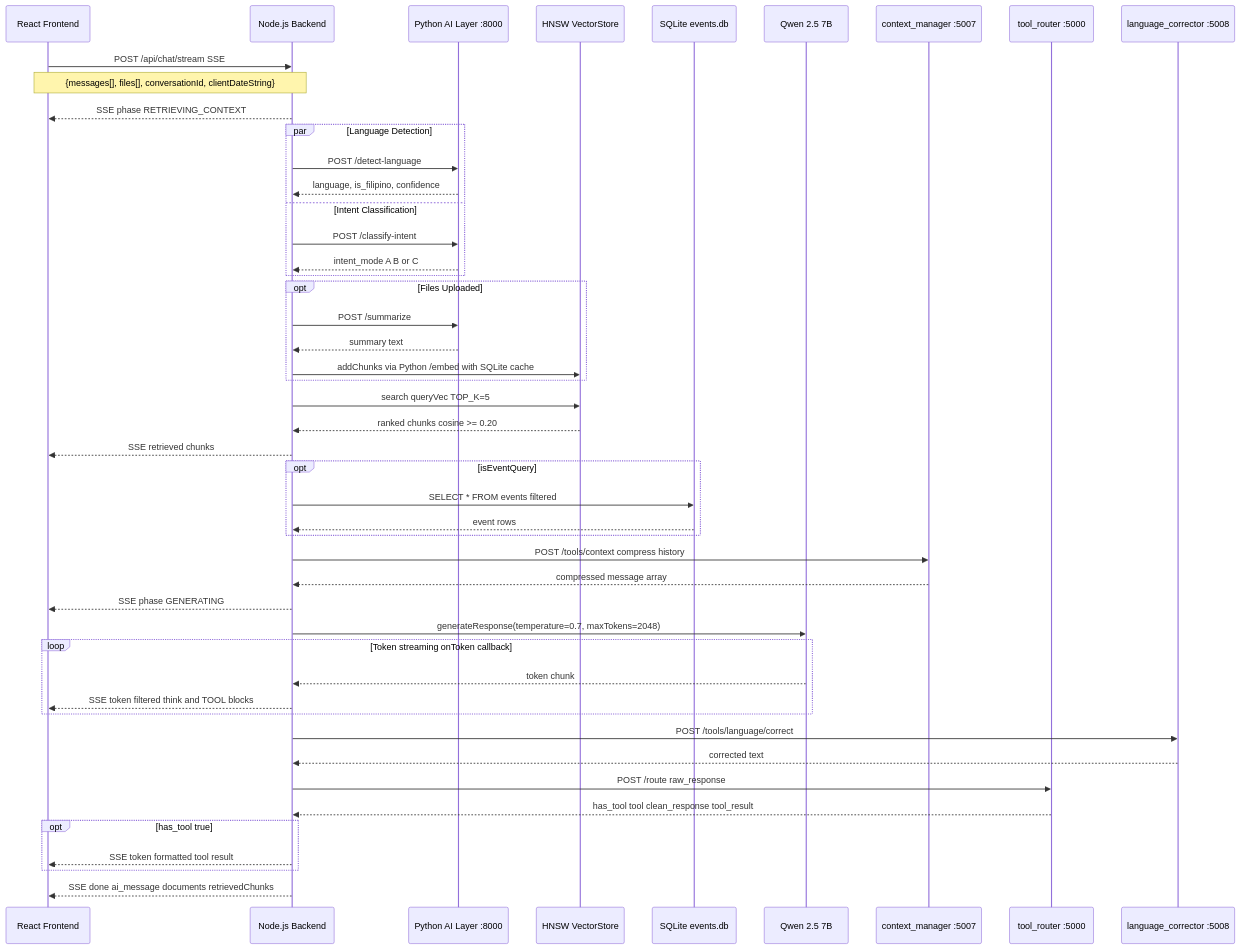
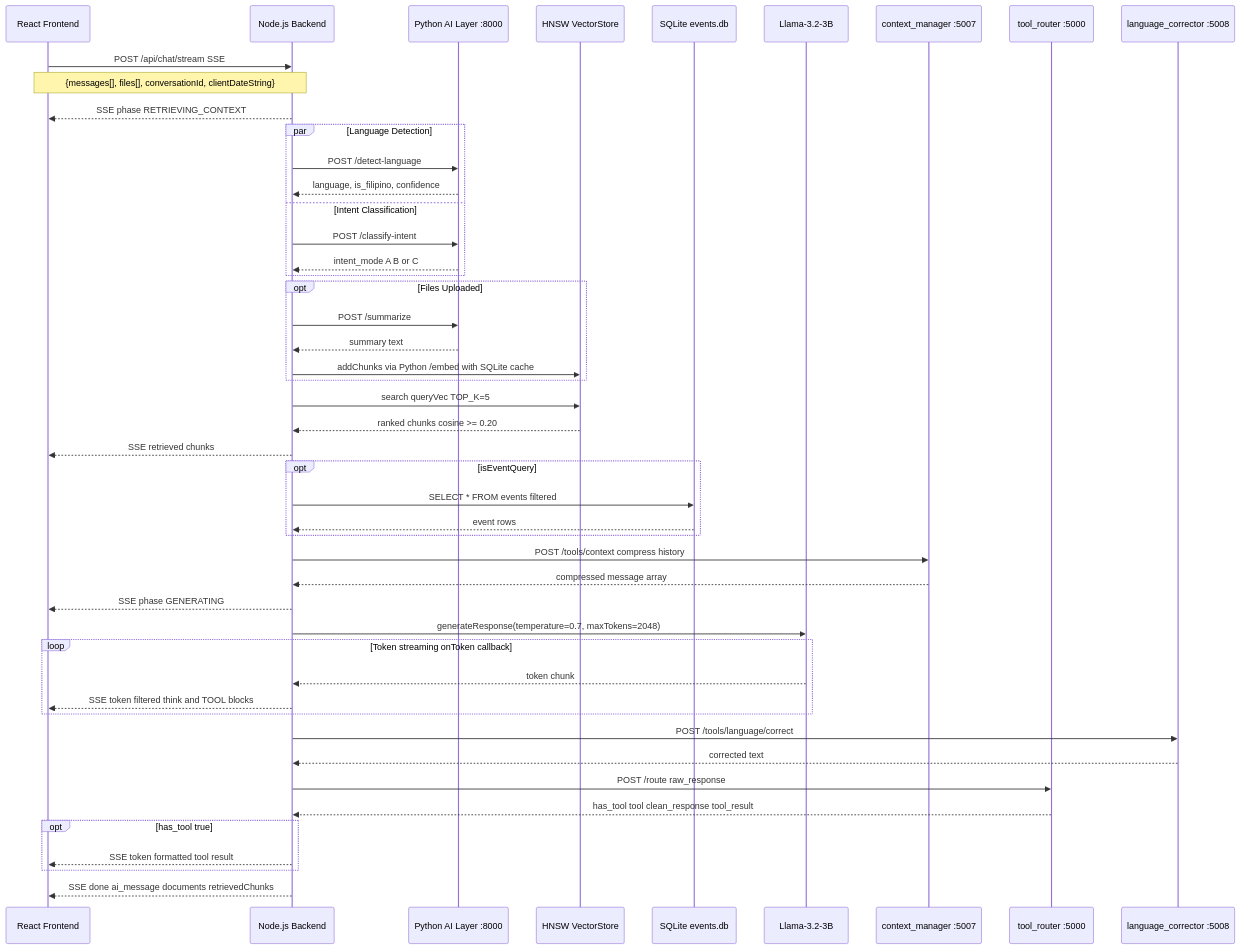
One commit to codexxers/aSK-Youth-An-AI-Driven-SK-Management-and-Public-Service-System changed the second of 2 diagrams in SYSTEM_ARCHITECTURE_CONTEXT.md. Above: the diagram before and after it, drawn with Mermaid. The commit also changed other lines of this file and 1 other file, not shown here.

````diff
--- a/SYSTEM_ARCHITECTURE_CONTEXT.md
+++ b/SYSTEM_ARCHITECTURE_CONTEXT.md
@@ -304,62 +303,62 @@
 ```mermaid
 sequenceDiagram
     participant UI as React Frontend
     participant BE as Node.js Backend
     participant PY as Python AI Layer :8000
     participant HNSW as HNSW VectorStore
     participant DB as SQLite events.db
-    participant LLM as Qwen 2.5 7B
+    participant LLM as Llama-3.2-3B
     participant CTX as context_manager :5007
     participant ROUTER as tool_router :5000
     participant LANG as language_corrector :5008
 
     UI->>BE: POST /api/chat/stream SSE
     note over UI,BE: {messages[], files[], conversationId, clientDateString}
     BE-->>UI: SSE phase RETRIEVING_CONTEXT
 
     par Language Detection
         BE->>PY: POST /detect-language
         PY-->>BE: language, is_filipino, confidence
     and Intent Classification
         BE->>PY: POST /classify-intent
         PY-->>BE: intent_mode A B or C
     end
 
     opt Files Uploaded
         BE->>PY: POST /summarize
         PY-->>BE: summary text
         BE->>HNSW: addChunks via Python /embed with SQLite cache
     end
 
     BE->>HNSW: search queryVec TOP_K=5
     HNSW-->>BE: ranked chunks cosine >= 0.20
     BE-->>UI: SSE retrieved chunks
 
     opt isEventQuery
         BE->>DB: SELECT * FROM events filtered
         DB-->>BE: event rows
     end
 
     BE->>CTX: POST /tools/context compress history
     CTX-->>BE: compressed message array
 
     BE-->>UI: SSE phase GENERATING
 
     BE->>LLM: generateResponse(temperature=0.7, maxTokens=2048)
     loop Token streaming onToken callback
         LLM-->>BE: token chunk
         BE-->>UI: SSE token filtered think and TOOL blocks
     end
 
     BE->>LANG: POST /tools/language/correct
     LANG-->>BE: corrected text
 
     BE->>ROUTER: POST /route raw_response
     ROUTER-->>BE: has_tool tool clean_response tool_result
 
     opt has_tool true
         BE-->>UI: SSE token formatted tool result
     end
 
     BE-->>UI: SSE done ai_message documents retrievedChunks
 ```
````
